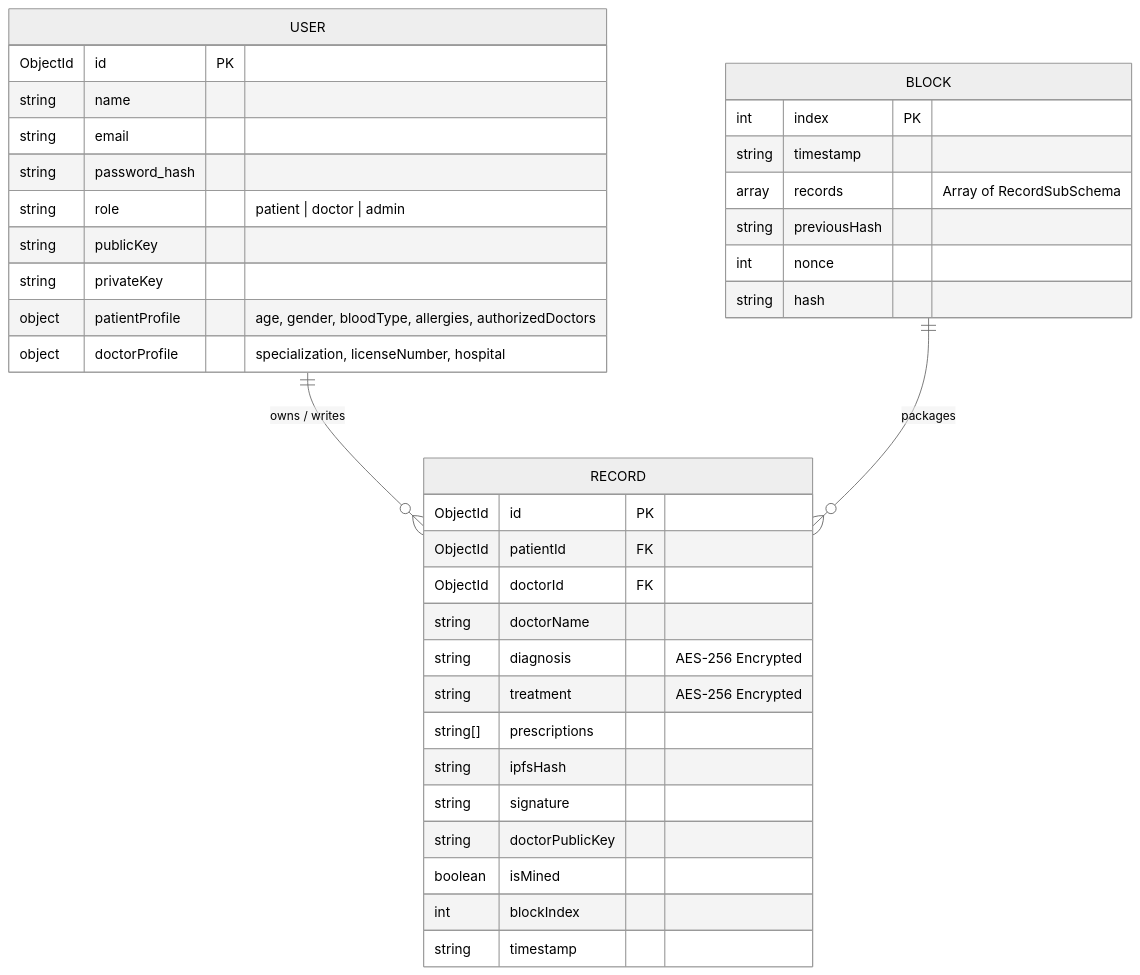
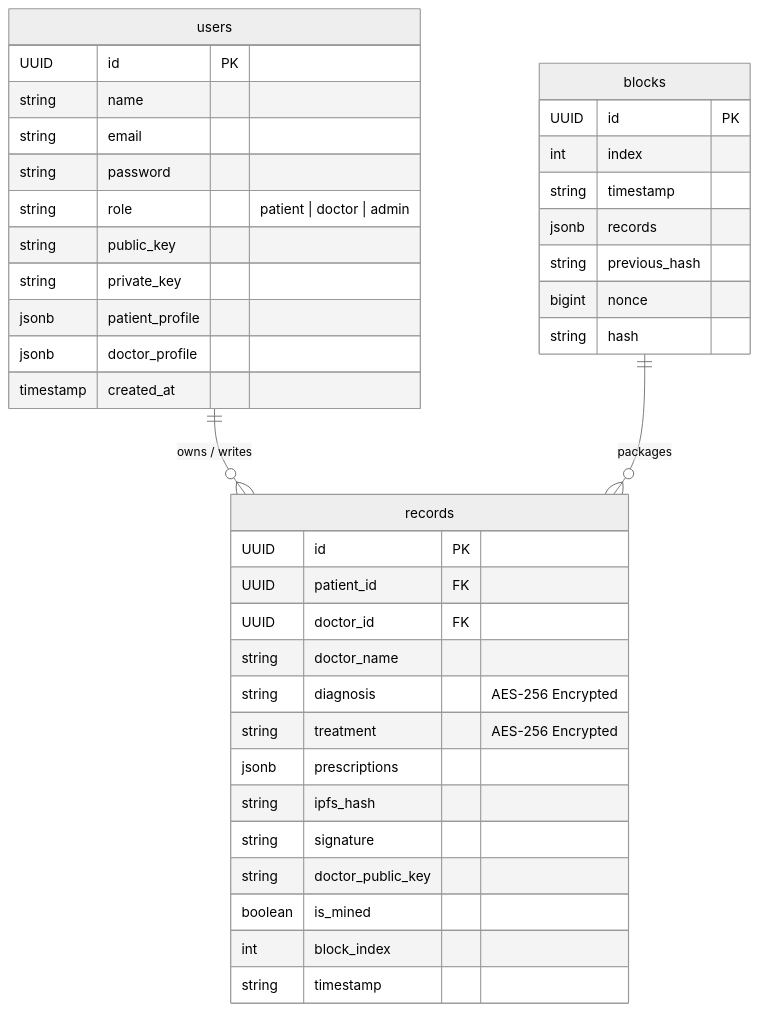
Before and after one commit to AlvinGiddel/Blockchain-Health-Records: the second of 3 diagrams in system_documentation.md, drawn with Mermaid (neutral theme). The commit also changed other lines of this file and 25 other files, not shown here.

````diff
--- a/system_documentation.md
+++ b/system_documentation.md
@@ -74,40 +74,42 @@
 ```mermaid
 erDiagram
-    USER {
-        ObjectId id PK
+    users {
+        UUID id PK
         string name
         string email
-        string password_hash
+        string password
         string role "patient | doctor | admin"
-        string publicKey
-        string privateKey
-        object patientProfile "age, gender, bloodType, allergies, authorizedDoctors"
-        object doctorProfile "specialization, licenseNumber, hospital"
+        string public_key
+        string private_key
+        jsonb patient_profile
+        jsonb doctor_profile
+        timestamp created_at
     }
-    RECORD {
-        ObjectId id PK
-        ObjectId patientId FK
-        ObjectId doctorId FK
-        string doctorName
+    records {
+        UUID id PK
+        UUID patient_id FK
+        UUID doctor_id FK
+        string doctor_name
         string diagnosis "AES-256 Encrypted"
         string treatment "AES-256 Encrypted"
-        string[] prescriptions
-        string ipfsHash
+        jsonb prescriptions
+        string ipfs_hash
         string signature
-        string doctorPublicKey
-        boolean isMined
-        int blockIndex
+        string doctor_public_key
+        boolean is_mined
+        int block_index
         string timestamp
     }
-    BLOCK {
-        int index PK
+    blocks {
+        UUID id PK
+        int index
         string timestamp
-        array records "Array of RecordSubSchema"
-        string previousHash
-        int nonce
+        jsonb records
+        string previous_hash
+        bigint nonce
         string hash
     }
     
-    USER ||--o{ RECORD : "owns / writes"
-    BLOCK ||--o{ RECORD : "packages"
+    users ||--o{ records : "owns / writes"
+    blocks ||--o{ records : "packages"
 ```
````
